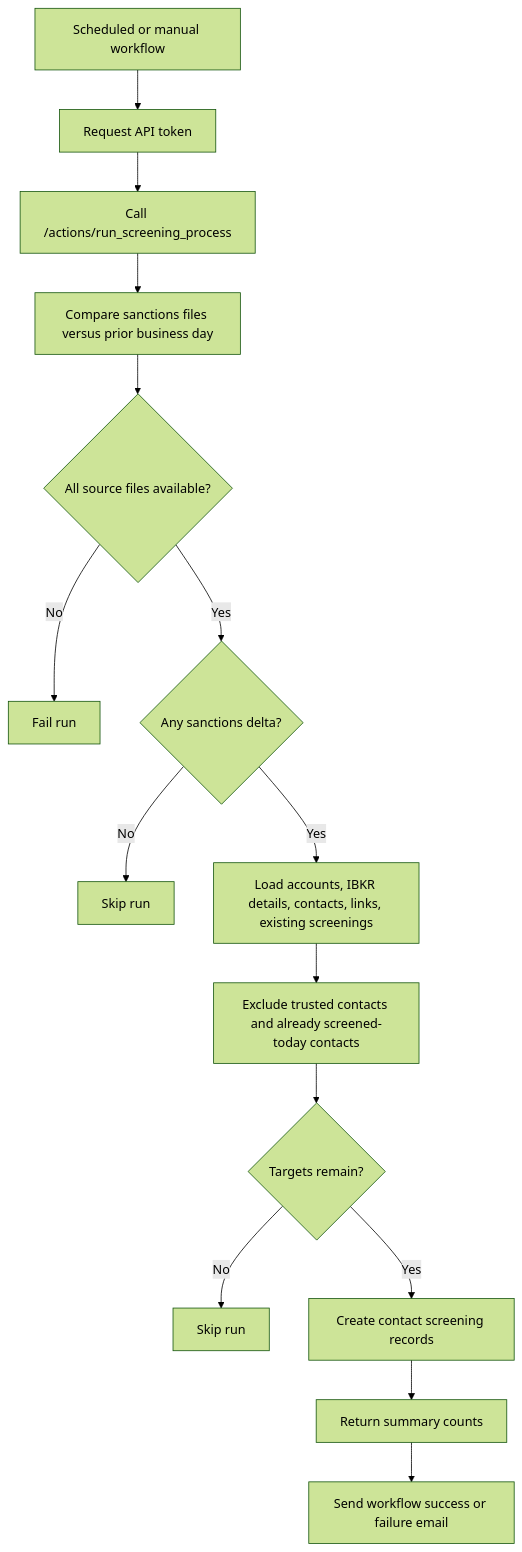
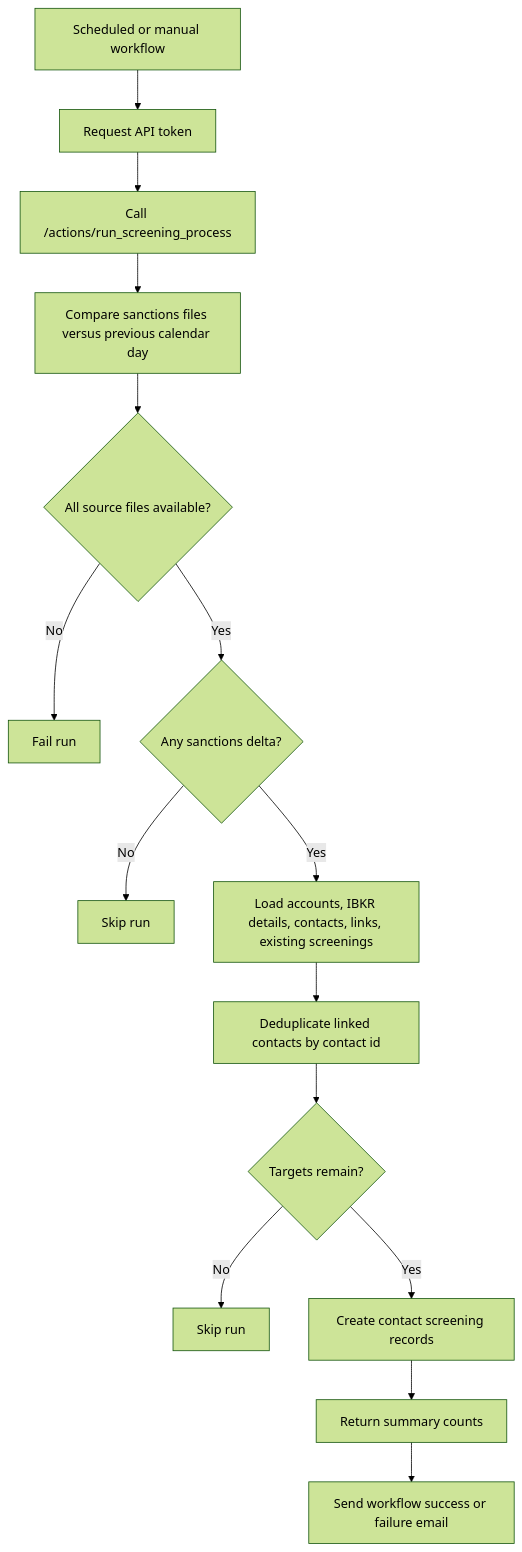
One commit to agmtrader/compliance changed the diagram in processes/01-daily-screening-run.md. Above: the diagram before and after it, drawn with Mermaid (forest theme). The commit also changed other lines of this file and 18 other files, not shown here.

First line of the commit message:
Add compliance processes for reference data refresh, contact screening, deposits and withdrawals monitoring, regulatory file review, fee template review, investment business reporting, compliance manual update notification, and accounts audit review

````diff
--- a/processes/01-daily-screening-run.md
+++ b/processes/01-daily-screening-run.md
@@ -44,17 +45,17 @@
 ```mermaid
 flowchart TD
     A["Scheduled or manual workflow"] --> B["Request API token"]
     B --> C["Call /actions/run_screening_process"]
-    C --> D["Compare sanctions files versus prior business day"]
+    C --> D["Compare sanctions files versus previous calendar day"]
     D --> E{"All source files available?"}
     E -- "No" --> F["Fail run"]
     E -- "Yes" --> G{"Any sanctions delta?"}
     G -- "No" --> H["Skip run"]
     G -- "Yes" --> I["Load accounts, IBKR details, contacts, links, existing screenings"]
-    I --> J["Exclude trusted contacts and already screened-today contacts"]
+    I --> J["Deduplicate linked contacts by contact id"]
     J --> K{"Targets remain?"}
     K -- "No" --> L["Skip run"]
     K -- "Yes" --> M["Create contact screening records"]
     M --> N["Return summary counts"]
     N --> O["Send workflow success or failure email"]
 ```
````
